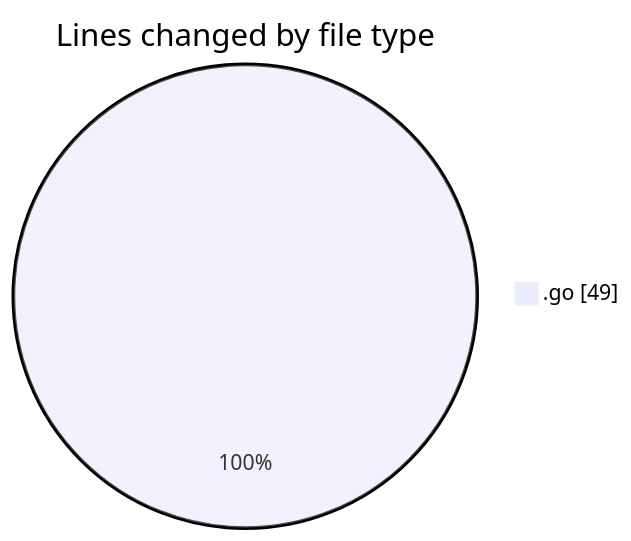
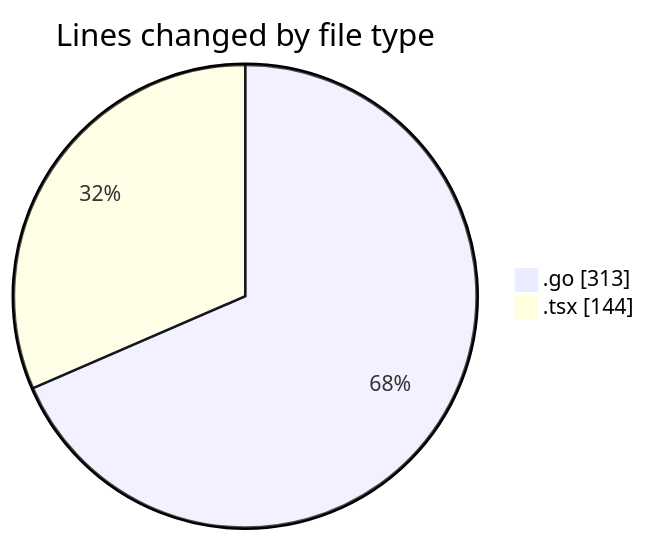
Before and after one commit to robertbonfada/code-tracking: the first of 2 diagrams in 2025-03-01/termonied_testador/README.md, drawn with Mermaid. The commit also changed other lines of this file and 1 other file, not shown here.

````diff
--- a/2025-03-01/termonied_testador/README.md
+++ b/2025-03-01/termonied_testador/README.md
@@ -20,5 +25,6 @@
 ```mermaid
 pie showData
 title Lines changed by file type
-".go" : 49
+".go" : 313
+".tsx" : 144
 ```
````
